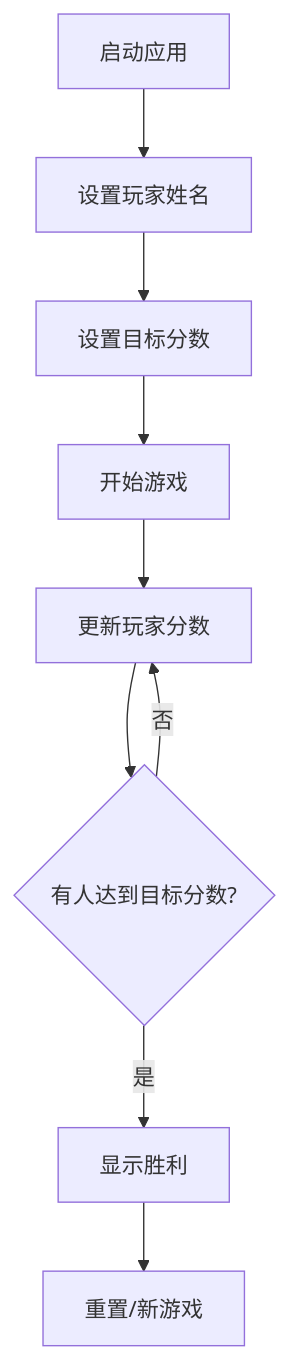
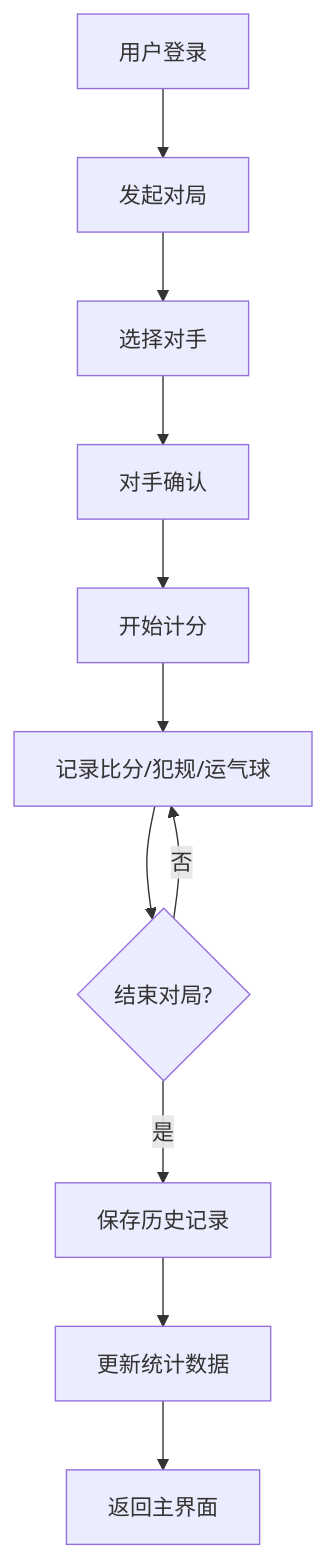
One commit to cloudcool2025/bobo.github.io changed the diagram in .trae/documents/prd.md. Above: the diagram before and after it, drawn with Mermaid. The commit also changed other lines of this file and 15 other files, not shown here.

````diff
--- a/.trae/documents/prd.md
+++ b/.trae/documents/prd.md
@@ -24,11 +44,13 @@
 ```mermaid
 flowchart TD
-    A[启动应用] --> B[设置玩家姓名]
-    B --> C[设置目标分数]
-    C --> D[开始游戏]
-    D --> E[更新玩家分数]
-    E --> F{有人达到目标分数?}
-    F -->|否| E
-    F -->|是| G[显示胜利]
-    G --> H[重置/新游戏]
+    A[用户登录] --> B[发起对局]
+    B --> C[选择对手]
+    C --> D[对手确认]
+    D --> E[开始计分]
+    E --> F[记录比分/犯规/运气球]
+    F --> G{结束对局?}
+    G -->|否| F
+    G -->|是| H[保存历史记录]
+    H --> I[更新统计数据]
+    I --> J[返回主界面]
 ```
````
